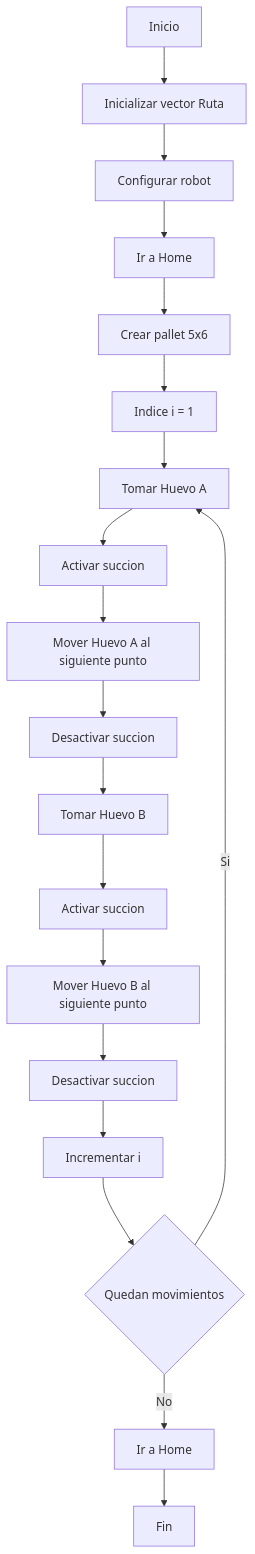
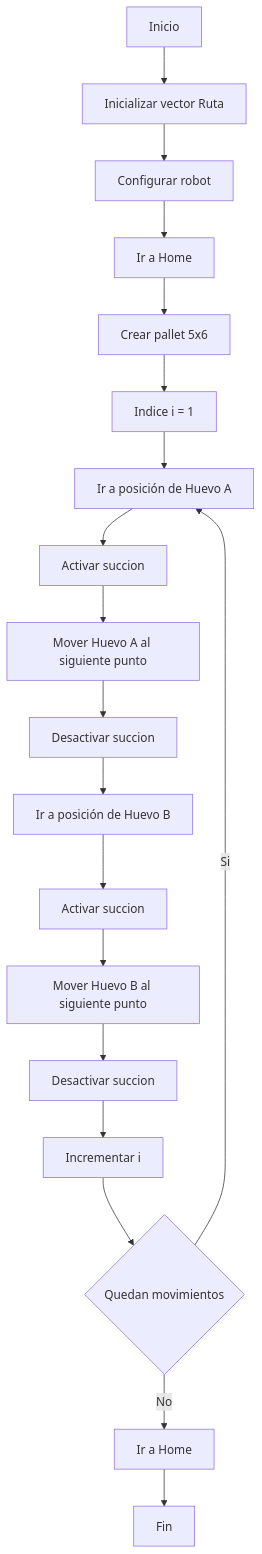
Before and after one commit to labsir-un/Robotica-2026-I-Equipo-3A-Arevalo-Lopez: the diagram in Laboratorio No. 03 - Robótica Industrial EPSON T3 401S y EPSON RC+/README.MD, drawn with Mermaid.

````diff
--- a/Laboratorio No. 03 - Robótica Industrial EPSON T3 401S y EPSON RC+/README.MD
+++ b/Laboratorio No. 03 - Robótica Industrial EPSON T3 401S y EPSON RC+/README.MD
@@ -116,26 +116,26 @@
 ```mermaid
 flowchart TD
     A[Inicio] --> B[Inicializar vector Ruta]
     B --> C[Configurar robot]
     C --> D[Ir a Home]
 
     D --> E[Crear pallet 5x6]
     E --> F[Indice i = 1]
 
-    F --> G[Tomar Huevo A]
+    F --> G[Ir a posición de Huevo A]
     G --> H[Activar succion]
     H --> I[Mover Huevo A al siguiente punto]
     I --> J[Desactivar succion]
 
-    J --> K[Tomar Huevo B]
+    J --> K[Ir a posición de Huevo B]
     K --> L[Activar succion]
     L --> M[Mover Huevo B al siguiente punto]
     M --> N[Desactivar succion]
 
     N --> O[Incrementar i]
     O --> P{Quedan movimientos}
 
     P -- Si --> G
     P -- No --> Q[Ir a Home]
     Q --> R[Fin]
 ```
````
